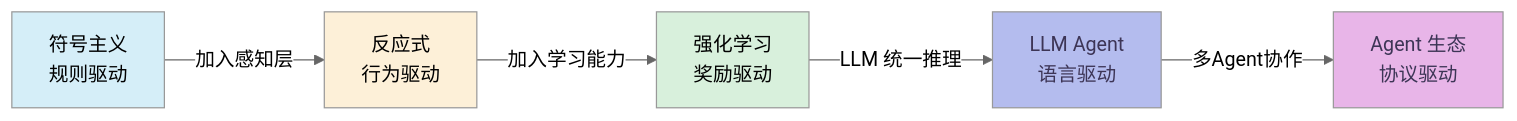
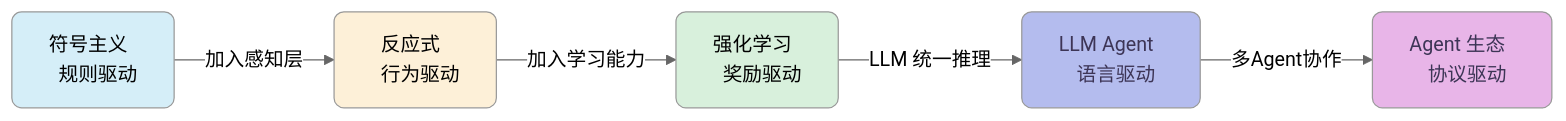
One commit to caoping0623/caoping0623.github.io changed the seventh of 12 diagrams in _posts/2026-04-15-ai-agent.md. Above: the diagram before and after it, drawn with Mermaid (neutral theme). The commit also changed other lines of this file, not shown here.

First line of the commit message:
fix: remove subgraph backgrounds, add rounded corners, replace mindmap with XMind-style graph

```diff
--- a/_posts/2026-04-15-ai-agent.md
+++ b/_posts/2026-04-15-ai-agent.md
@@ -227,13 +225,13 @@
 <div class="mermaid">
 graph LR
-    A[符号主义<br/>规则驱动] -->|加入感知层| B[反应式<br/>行为驱动]
-    B -->|加入学习能力| C[强化学习<br/>奖励驱动]
-    C -->|LLM 统一推理| D[LLM Agent<br/>语言驱动]
-    D -->|多Agent协作| E[Agent 生态<br/>协议驱动]
+    A["&nbsp; 符号主义 &nbsp;<br/>&nbsp; 规则驱动 &nbsp;"] -->|加入感知层| B["&nbsp; 反应式 &nbsp;<br/>&nbsp; 行为驱动 &nbsp;"]
+    B -->|加入学习能力| C["&nbsp; 强化学习 &nbsp;<br/>&nbsp; 奖励驱动 &nbsp;"]
+    C -->|LLM 统一推理| D["&nbsp; LLM Agent &nbsp;<br/>&nbsp; 语言驱动 &nbsp;"]
+    D -->|多Agent协作| E["&nbsp; Agent 生态 &nbsp;<br/>&nbsp; 协议驱动 &nbsp;"]
 
-    style A fill:#d5eef8
-    style B fill:#fdf0d8
-    style C fill:#d8f0dc
-    style D fill:#b4bcee,color:#3d3556
-    style E fill:#e8b5e8,color:#3d3556
+    style A fill:#d5eef8,rx:8,ry:8
+    style B fill:#fdf0d8,rx:8,ry:8
+    style C fill:#d8f0dc,rx:8,ry:8
+    style D fill:#b4bcee,color:#3d3556,rx:8,ry:8
+    style E fill:#e8b5e8,color:#3d3556,rx:8,ry:8
 </div>
```
